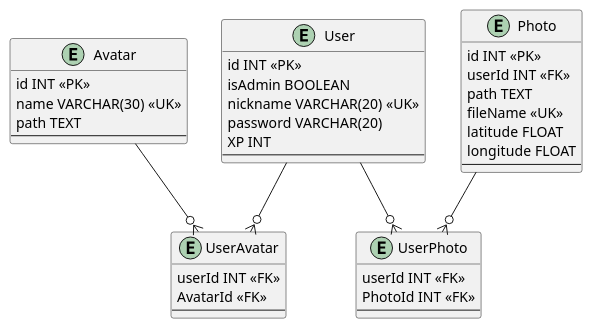
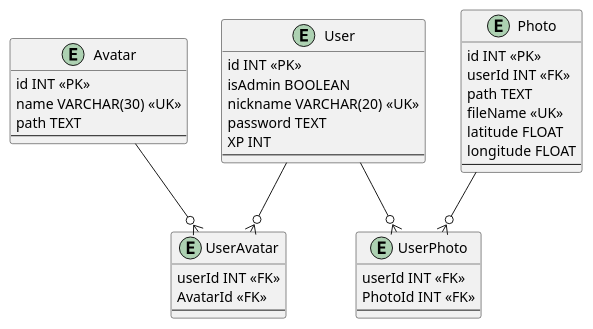
The diagram in database/design/DER_095.plantuml (augusto-dmh/095cm_xrlab_backend), drawn with PlantUML before and after one commit. The commit also changed 2 other files, not shown here.

Commit message:
refactor: password wrong datatype
The datatype of the password must be TEXT, since what is actually stored in the database is a hash, not the plain text version.

```diff
--- a/database/design/DER_095.plantuml
+++ b/database/design/DER_095.plantuml
@@ -1,46 +1,46 @@
 @startuml DER
 
 entity User {
     id INT <<PK>>
     isAdmin BOOLEAN
     nickname VARCHAR(20) <<UK>>
-    password VARCHAR(20)
+    password TEXT
     XP INT
     --
 }
 
 entity Avatar {
     id INT <<PK>>
     name VARCHAR(30) <<UK>>
     path TEXT
     --
 }
 
 entity UserAvatar {
     userId INT <<FK>>
     AvatarId <<FK>>
     --
 }
 
 entity UserPhoto {
     userId INT <<FK>>
     PhotoId INT <<FK>>
     --
 }
 
 entity Photo {
     id INT <<PK>>
     userId INT <<FK>>
     path TEXT
     fileName <<UK>>
     latitude FLOAT
     longitude FLOAT
     --
 }
 
 User --o{ UserPhoto
 User --o{ UserAvatar
 Avatar --o{ UserAvatar
 Photo --o{ UserPhoto
 
 @enduml
```
